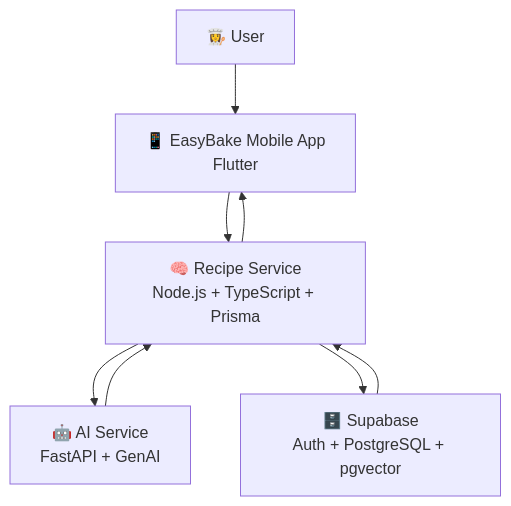
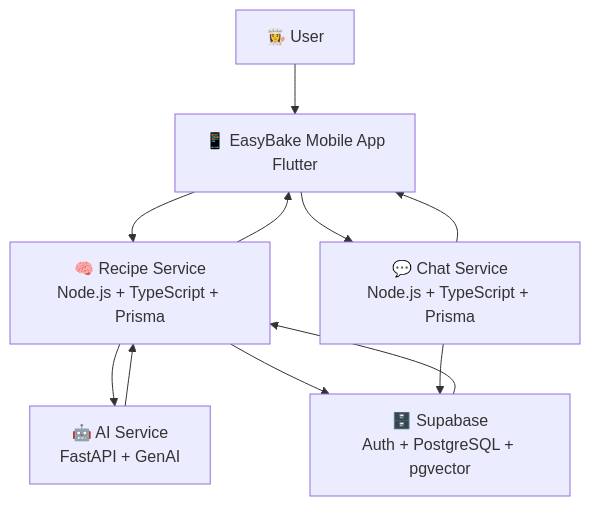
The diagram in README.md (galhelner/EasyBake), drawn with Mermaid before and after one commit. The commit also changed other lines of this file and 9 other files, not shown here.

````diff
--- a/README.md
+++ b/README.md
@@ -66,10 +100,13 @@
 ```mermaid
 flowchart TD
     U[👩‍🍳 User] --> M[📱 EasyBake Mobile App\nFlutter]
     M --> R[🧠 Recipe Service\nNode.js + TypeScript + Prisma]
+	M --> C[💬 Chat Service\nNode.js + TypeScript + Prisma]
     R --> A[🤖 AI Service\nFastAPI + GenAI]
 	R --> S[🗄️ Supabase\nAuth + PostgreSQL + pgvector]
+	C --> S
     A --> R
 	S --> R
     R --> M
+	C --> M
 ```
````
